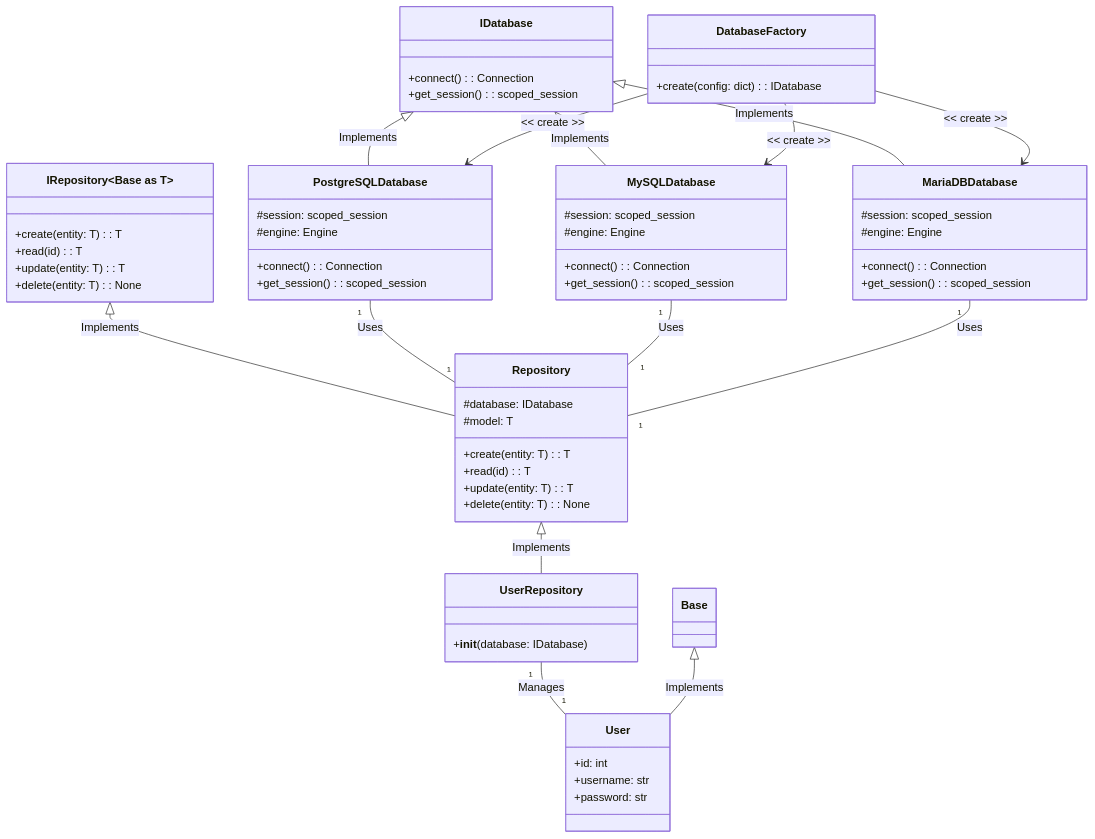
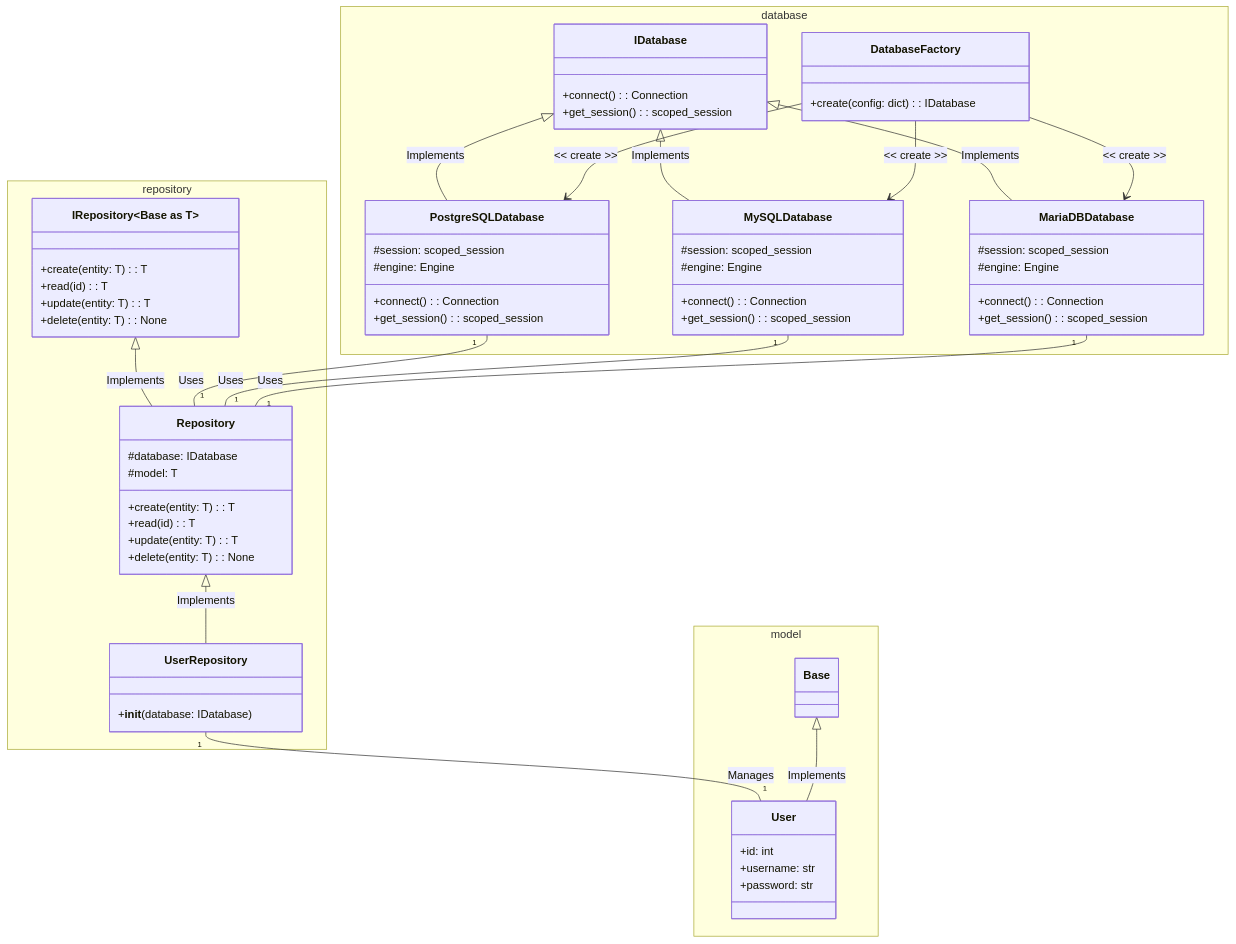
One commit to dellius-alexander/CRUDRepository changed the first of 5 diagrams in README.md. Above: the diagram before and after it, drawn with Mermaid. The commit also changed 11 other files, not shown here.

````diff
--- a/README.md
+++ b/README.md
@@ -39,66 +39,78 @@
 ```mermaid
 classDiagram
-    class Base {
+    namespace model { 
+        class Base {
+        }
+      class User {
+          +id: int
+          +username: str
+          +password: str
+      }
     }
-    class User {
-        +id: int
-        +username: str
-        +password: str
+    namespace database { 
+        class IDatabase {
+          +connect(): Connection
+          +get_session(): scoped_session
+        }
+        class PostgreSQLDatabase {
+            #session: scoped_session
+            #engine: Engine
+            +connect(): Connection
+            +get_session(): scoped_session
+        }
+        class MySQLDatabase {
+            #session: scoped_session
+            #engine: Engine
+            +connect(): Connection
+            +get_session(): scoped_session
+        }
+        class MariaDBDatabase {
+            #session: scoped_session
+            #engine: Engine
+            +connect(): Connection
+            +get_session(): scoped_session
+        }
+        class DatabaseFactory {
+            +create(config: dict): IDatabase
+        }
     }
-    class IDatabase {
-        +connect(): Connection
-        +get_session(): scoped_session
+
+
+    namespace repository { 
+        class IRepository ~Base as T~ {
+          +create(entity: T) : T
+          +read(id) : T
+          +update(entity: T): T
+          +delete(entity: T): None
+      }
+        class Repository {
+          #database: IDatabase
+          #model: T
+          +create(entity: T) : T
+          +read(id) : T
+          +update(entity: T): T
+          +delete(entity: T): None
+      }
+        class UserRepository {
+            +__init__(database: IDatabase)
+        }
     }
-    class IRepository ~Base as T~ {
-        +create(entity: T) : T
-        +read(id) : T
-        +update(entity: T): T
-        +delete(entity: T): None
-    }
-    class Repository {
-        #database: IDatabase
-        #model: T
-        +create(entity: T) : T
-        +read(id) : T
-        +update(entity: T): T
-        +delete(entity: T): None
-    }
-    class UserRepository {
-        +__init__(database: IDatabase)
-    }
-    class PostgreSQLDatabase {
-        #session: scoped_session
-        #engine: Engine
-        +connect(): Connection
-        +get_session(): scoped_session
-    }
-    class MySQLDatabase {
-        #session: scoped_session
-        #engine: Engine
-        +connect(): Connection
-        +get_session(): scoped_session
-    }
-    class MariaDBDatabase {
-        #session: scoped_session
-        #engine: Engine
-        +connect(): Connection
-        +get_session(): scoped_session
-    }
+
+
+    
     IDatabase <|-- PostgreSQLDatabase: Implements
     IDatabase <|-- MySQLDatabase: Implements
     IDatabase <|-- MariaDBDatabase: Implements
-    class DatabaseFactory {
-        +create(config: dict): IDatabase
-    }
+
     
     IRepository ~Base as T~ <|-- Repository : Implements
     Repository <|-- UserRepository: Implements
     PostgreSQLDatabase "1" -- "1" Repository: Uses
     MySQLDatabase "1" -- "1" Repository: Uses
     MariaDBDatabase "1" -- "1" Repository: Uses
     UserRepository "1" -- "1" User: Manages
     Base <|-- User: Implements
     DatabaseFactory --> PostgreSQLDatabase: << create >>
     DatabaseFactory --> MySQLDatabase: << create >>
     DatabaseFactory --> MariaDBDatabase: << create >>
 ```
````
